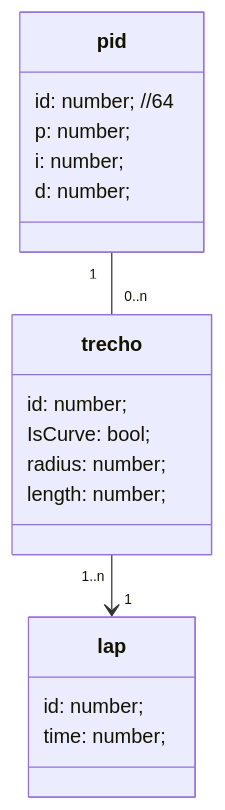
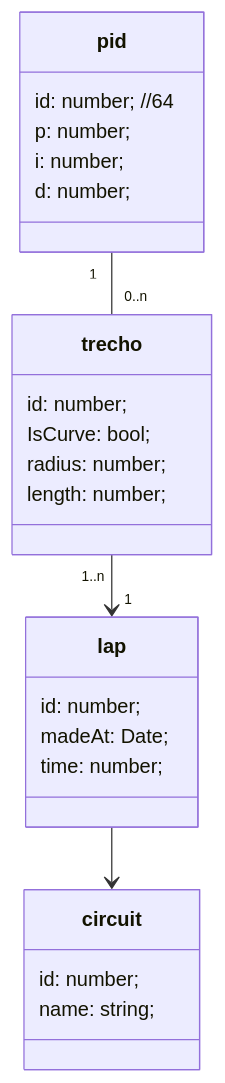
Before and after one commit to Vini-002/PID-AppSeguidor: the diagram in seguidor.md, drawn with Mermaid.

Commit message:
Adicionada a categoria circuit, q engloba as laps

````diff
--- a/seguidor.md
+++ b/seguidor.md
@@ -1,27 +1,35 @@
 ```mermaid
 classDiagram
 
 class pid{
     id: number; //64
     p: number;
     i: number;
     d: number;
 }
 
 pid "1" -- "0..n" trecho
 
 class trecho{
     id: number;
     IsCurve: bool;
     radius: number;
     length: number;
 }
 
 trecho "1..n" --> "1" lap
 
 class lap{
     id: number;
+    madeAt: Date;
     time: number;
 }
 
+lap --> circuit
+
+class circuit{
+    id: number;
+    name: string;
+}
+
 ```
````
